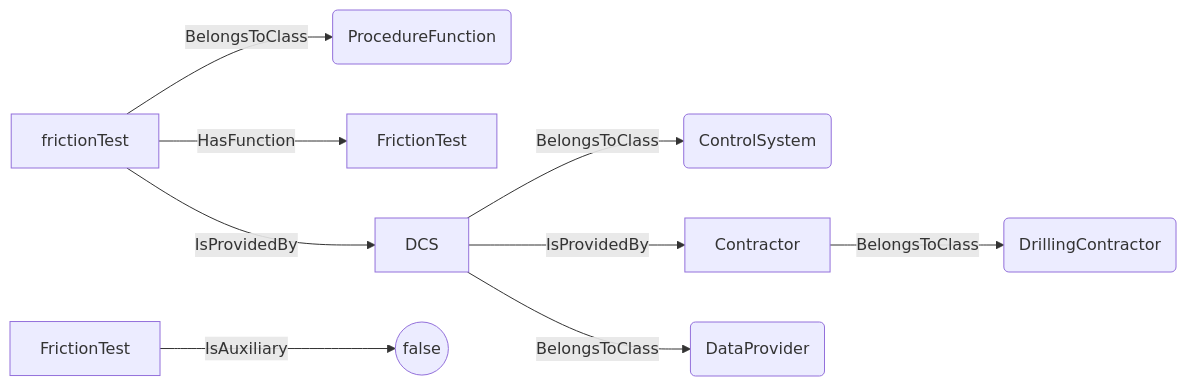
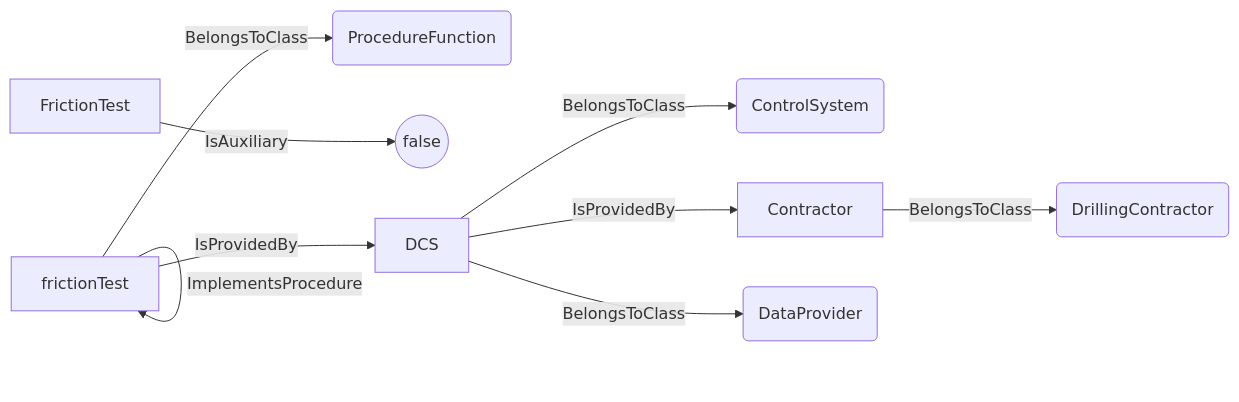
The fifth of 20 diagrams in docs/vocabulary_development/auto-generated/md/definition-files/ADCS.md (D-WIS/DDHub-Semantic-Interoperability), drawn with Mermaid before and after one commit. The commit also changed other lines of this file and 16 other files, not shown here.

````diff
--- a/docs/vocabulary_development/auto-generated/md/definition-files/ADCS.md
+++ b/docs/vocabulary_development/auto-generated/md/definition-files/ADCS.md
@@ -198,11 +194,11 @@
 ```mermaid
 graph LR
 	N0000[frictionTest] -->|BelongsToClass| N0001(ProcedureFunction) 
-	N0000[frictionTest] -->|HasFunction| N0002["FrictionTest"] 
-	N0003[FrictionTest] -->|IsAuxiliary| N0004((false)) 
-	N0005[DCS] -->|BelongsToClass| N0006(ControlSystem) 
-	N0007[Contractor] -->|BelongsToClass| N0008(DrillingContractor) 
-	N0005[DCS] -->|IsProvidedBy| N0007[Contractor] 
-	N0005[DCS] -->|BelongsToClass| N0009(DataProvider) 
-	N0000[frictionTest] -->|IsProvidedBy| N0005[DCS] 
+	N0000[frictionTest] -->|ImplementsProcedure| N0000[frictionTest] 
+	N0002[FrictionTest] -->|IsAuxiliary| N0003((false)) 
+	N0004[DCS] -->|BelongsToClass| N0005(ControlSystem) 
+	N0006[Contractor] -->|BelongsToClass| N0007(DrillingContractor) 
+	N0004[DCS] -->|IsProvidedBy| N0006[Contractor] 
+	N0004[DCS] -->|BelongsToClass| N0008(DataProvider) 
+	N0000[frictionTest] -->|IsProvidedBy| N0004[DCS] 
 ```
````
